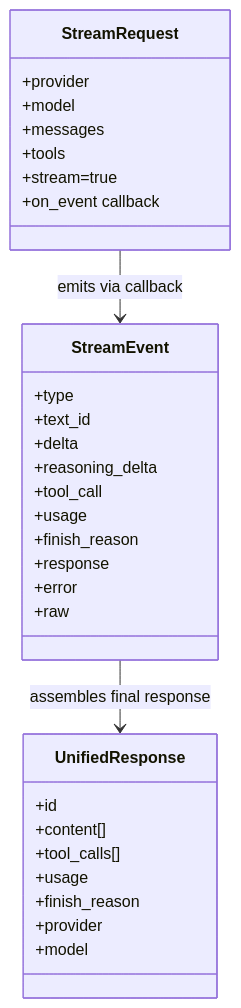
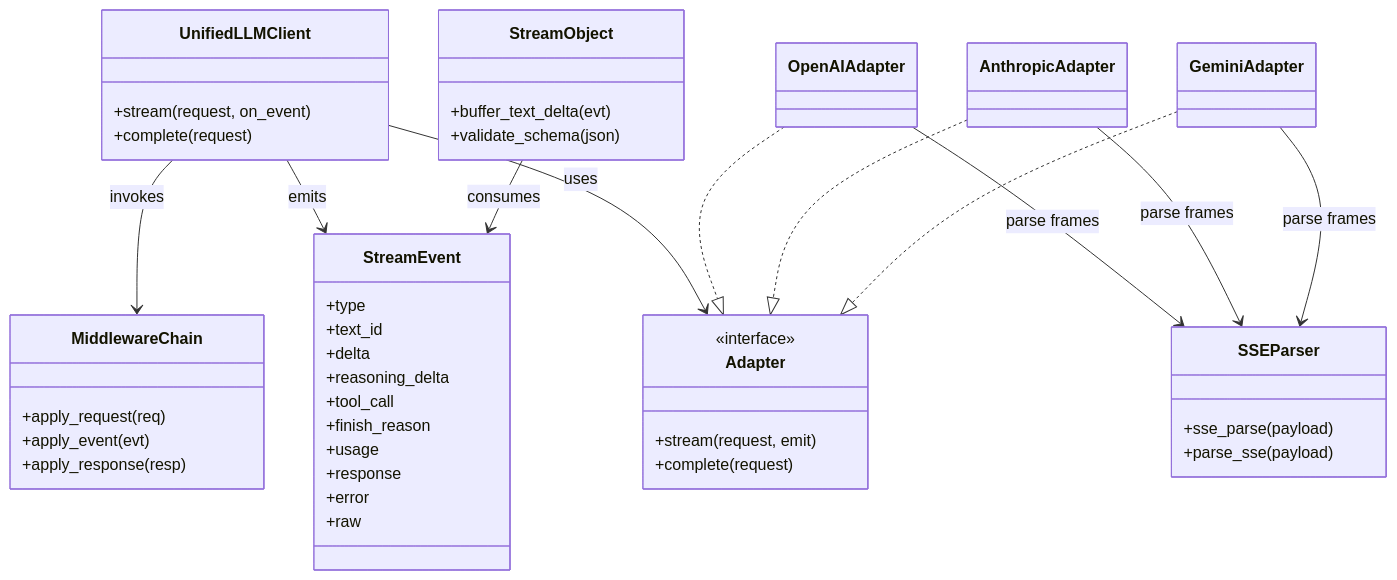
One commit to jaytaylor/attractor-tcl changed the first of 5 diagrams in docs/sprints/SPRINT-005-comprehensive-implementation-plan.md. Above: the diagram before and after it, drawn with Mermaid. The commit also changed other lines of this file, not shown here.

Commit message:
docs(sprint-005): sync comprehensive plan to verified complete state

````diff
--- a/docs/sprints/SPRINT-005-comprehensive-implementation-plan.md
+++ b/docs/sprints/SPRINT-005-comprehensive-implementation-plan.md
@@ -570,37 +956,51 @@
 ```mermaid
 classDiagram
-  class StreamRequest {
-    +provider
-    +model
-    +messages
-    +tools
-    +stream=true
-    +on_event callback
+  class UnifiedLLMClient {
+    +stream(request, on_event)
+    +complete(request)
   }
-
   class StreamEvent {
     +type
     +text_id
     +delta
     +reasoning_delta
     +tool_call
+    +finish_reason
     +usage
-    +finish_reason
     +response
     +error
     +raw
   }
-
-  class UnifiedResponse {
-    +id
-    +content[]
-    +tool_calls[]
-    +usage
-    +finish_reason
-    +provider
-    +model
+  class Adapter {
+    <<interface>>
+    +stream(request, emit)
+    +complete(request)
+  }
+  class OpenAIAdapter
+  class AnthropicAdapter
+  class GeminiAdapter
+  class SSEParser {
+    +sse_parse(payload)
+    +parse_sse(payload)
+  }
+  class MiddlewareChain {
+    +apply_request(req)
+    +apply_event(evt)
+    +apply_response(resp)
+  }
+  class StreamObject {
+    +buffer_text_delta(evt)
+    +validate_schema(json)
   }
 
-  StreamRequest --> StreamEvent : emits via callback
-  StreamEvent --> UnifiedResponse : assembles final response
+  UnifiedLLMClient --> Adapter : uses
+  OpenAIAdapter ..|> Adapter
+  AnthropicAdapter ..|> Adapter
+  GeminiAdapter ..|> Adapter
+  OpenAIAdapter --> SSEParser : parse frames
+  AnthropicAdapter --> SSEParser : parse frames
+  GeminiAdapter --> SSEParser : parse frames
+  UnifiedLLMClient --> MiddlewareChain : invokes
+  UnifiedLLMClient --> StreamEvent : emits
+  StreamObject --> StreamEvent : consumes
 ```
````
